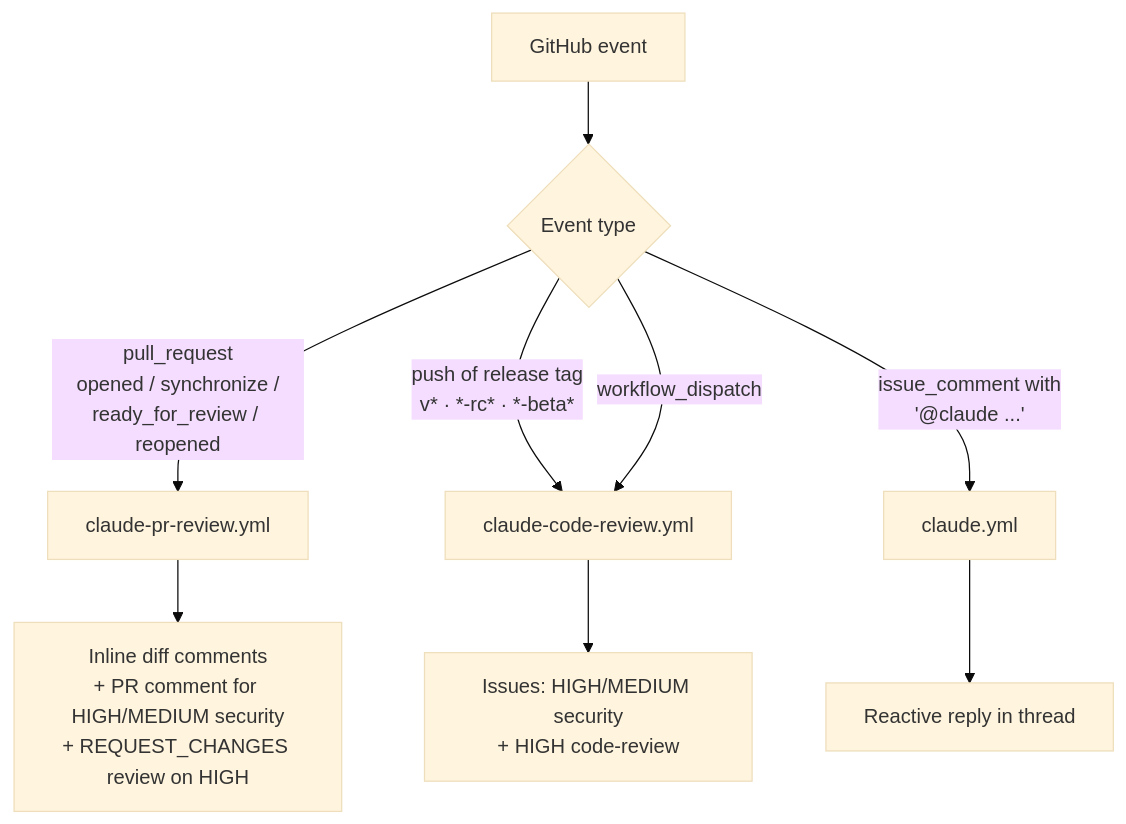
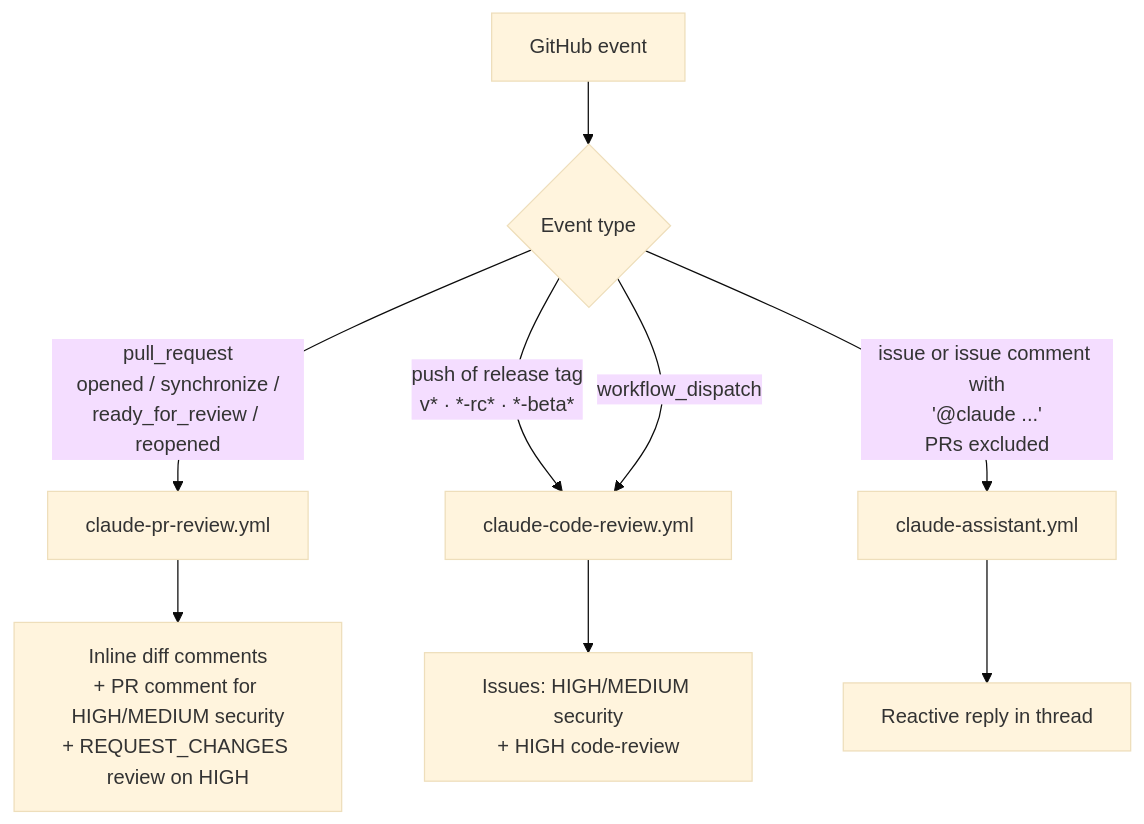
The second of 6 diagrams in .github/README.md (fibaneza/llm-usage-lens), drawn with Mermaid (base theme) before and after one commit. The commit also changed other lines of this file and 70 other files, not shown here.

````diff
--- a/.github/README.md
+++ b/.github/README.md
@@ -92,11 +225,11 @@
 ```mermaid
 flowchart TD
     A[GitHub event] --> B{Event type}
     B -->|pull_request<br/>opened / synchronize /<br/>ready_for_review / reopened| PR[claude-pr-review.yml]
     B -->|push of release tag<br/>v* · *-rc* · *-beta*| RA[claude-code-review.yml]
     B -->|workflow_dispatch| RA
-    B -->|issue_comment with<br/>'@claude ...'| BOT[claude.yml]
+    B -->|issue or issue comment with<br/>'@claude ...'<br/>PRs excluded| BOT[claude-assistant.yml]
     PR --> PR1[Inline diff comments<br/>+ PR comment for HIGH/MEDIUM security<br/>+ REQUEST_CHANGES review on HIGH]
     RA --> RA1[Issues: HIGH/MEDIUM security<br/>+ HIGH code-review]
     BOT --> BOT1[Reactive reply in thread]
 ```
````
